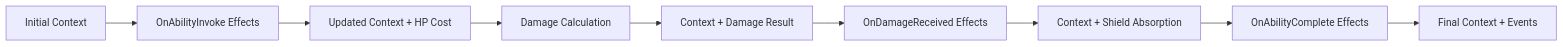
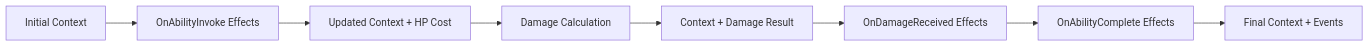
Before and after one commit to AngelMunoz/Kps: the second of 2 diagrams in docs/enhanced-effects-framework.md, drawn with Mermaid. The commit also changed other lines of this file and 1 other file, not shown here.

First line of the commit message:
docs(effects): remove shield/barrier mechanics and update framework documentation

````diff
--- a/docs/enhanced-effects-framework.md
+++ b/docs/enhanced-effects-framework.md
@@ -78,11 +69,10 @@
 ```mermaid
 graph LR
     A[Initial Context] --> B[OnAbilityInvoke Effects]
     B --> C[Updated Context + HP Cost]
     C --> D[Damage Calculation]
     D --> E[Context + Damage Result]
     E --> F[OnDamageReceived Effects]
-    F --> G[Context + Shield Absorption]
-    G --> H[OnAbilityComplete Effects]
-    H --> I[Final Context + Events]
+    F --> G[OnAbilityComplete Effects]
+    G --> I[Final Context + Events]
 ```
````
